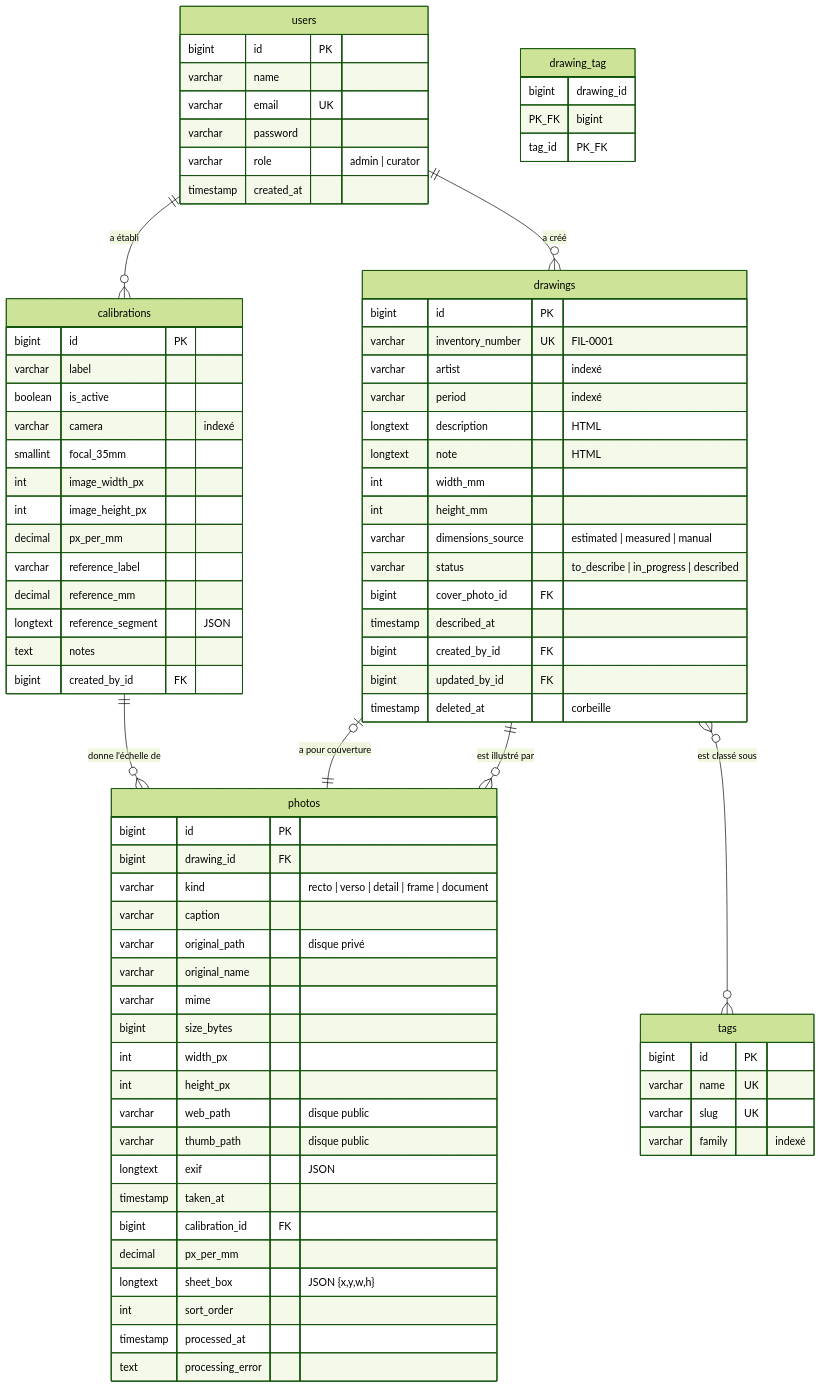
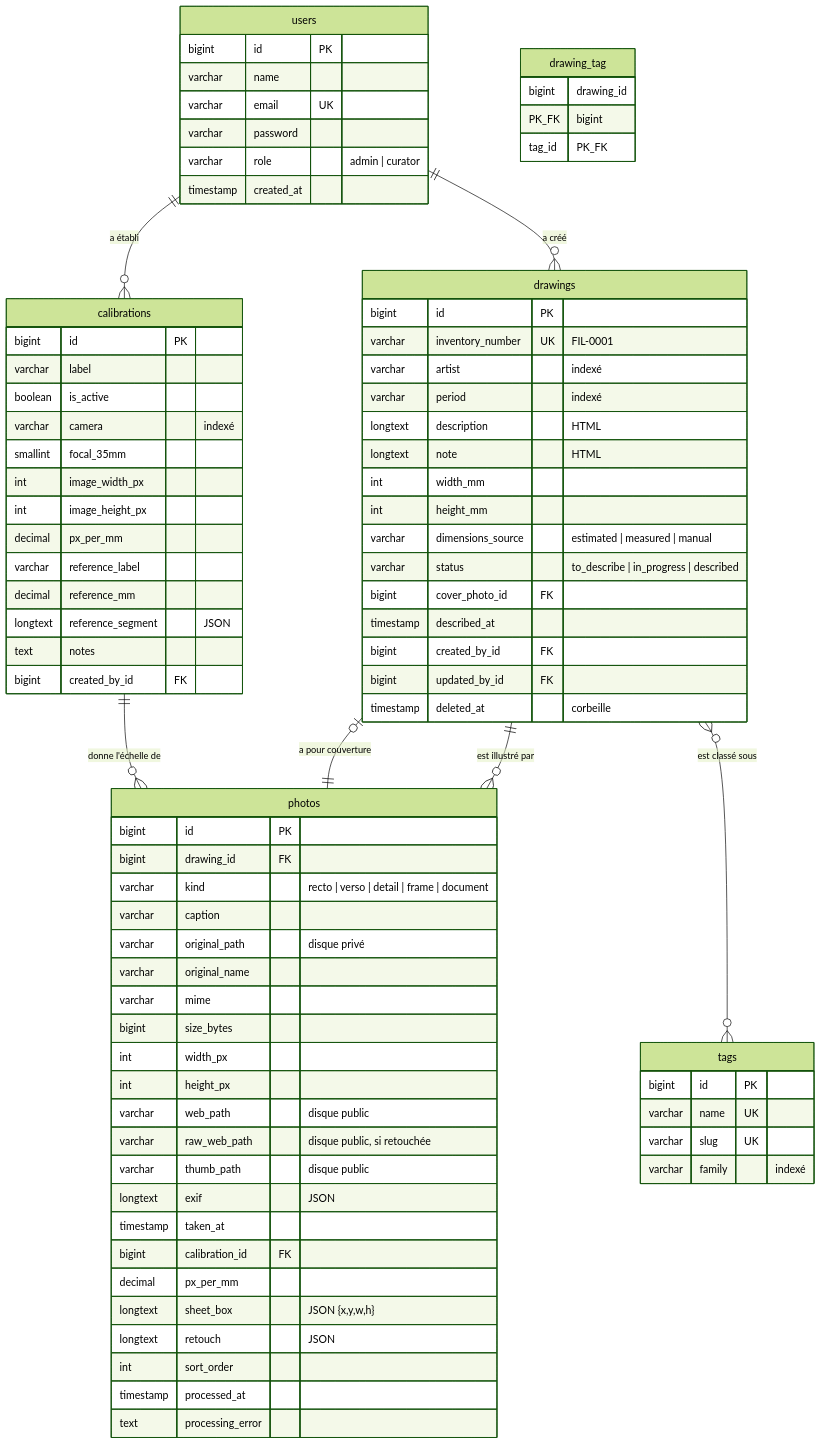
One commit to vistamedia/filigrane changed the diagram in DOCS/01-schema-base-de-donnees.md. Above: the diagram before and after it, drawn with Mermaid (forest theme). The commit also changed other lines of this file and 44 other files, not shown here.

```diff
--- a/DOCS/01-schema-base-de-donnees.md
+++ b/DOCS/01-schema-base-de-donnees.md
@@ -56,12 +56,14 @@
         int width_px
         int height_px
         varchar web_path "disque public"
+        varchar raw_web_path "disque public, si retouchée"
         varchar thumb_path "disque public"
         longtext exif "JSON"
         timestamp taken_at
         bigint calibration_id FK
         decimal px_per_mm
         longtext sheet_box "JSON {x,y,w,h}"
+        longtext retouch "JSON"
         int sort_order
         timestamp processed_at
         text processing_error
```
